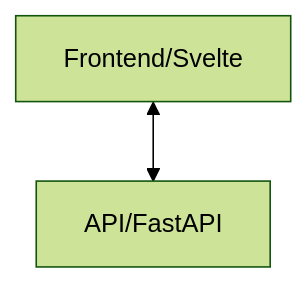
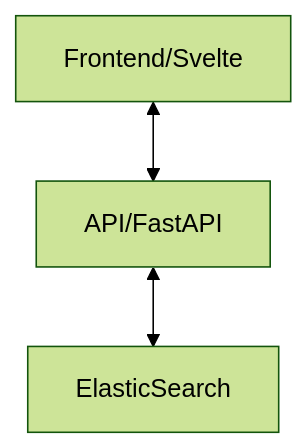
One commit to childmindresearch/ctk-orchestrator changed the diagram in README.md. Above: the diagram before and after it, drawn with Mermaid (forest theme).

Commit message:
Update README.md with ElasticSearch

````diff
--- a/README.md
+++ b/README.md
@@ -8,4 +8,5 @@
 ```mermaid
 graph TD
     Frontend/Svelte <--> API/FastAPI
+    API/FastAPI <--> ElasticSearch
 ```
````
